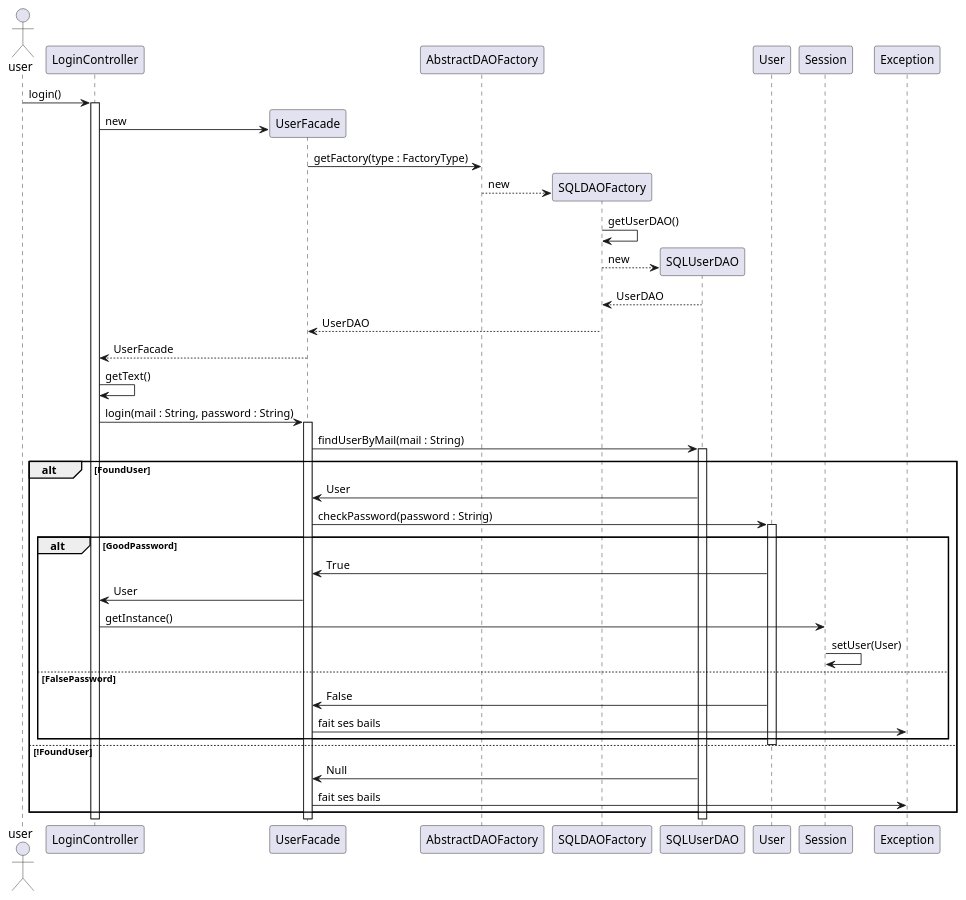
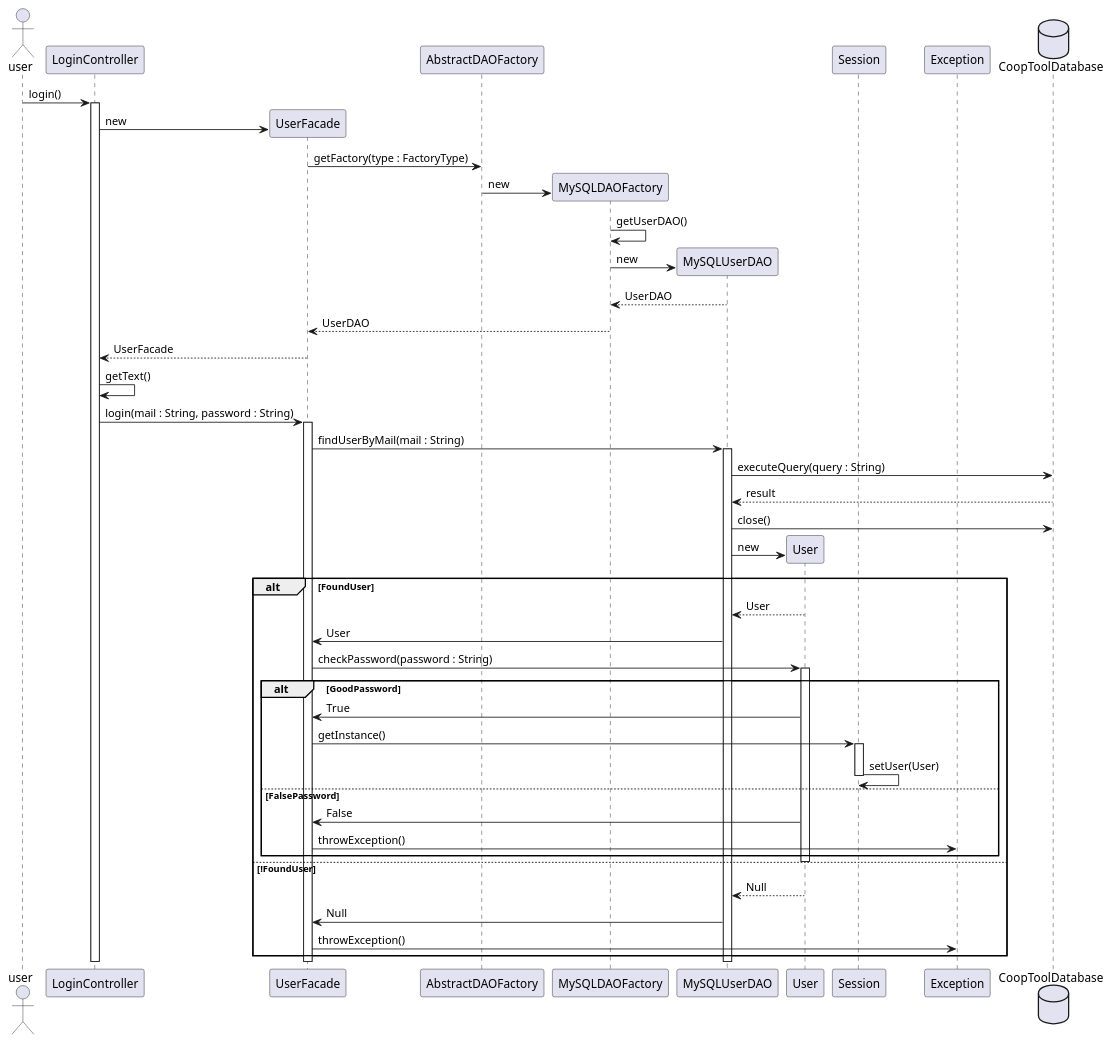
One commit to Guillaume-Dufour/coopToolProject changed the diagram in ext/sequenceDiag/loginDiagram.puml. Above: the diagram before and after it, drawn with PlantUML.

Commit message:
sequence diagram login final

```diff
--- a/ext/sequenceDiag/loginDiagram.puml
+++ b/ext/sequenceDiag/loginDiagram.puml
@@ -1,45 +1,61 @@
 @startuml
 
 actor user
 participant "LoginController" as loginCont
+participant UserFacade
+participant AbstractDAOFactory
+participant MySQLDAOFactory
+participant MySQLUserDAO
+participant User
+participant Session
+participant Exception
+database CoopToolDatabase
 user -> loginCont : login()
 activate loginCont
 create UserFacade
 loginCont -> UserFacade  : new
 UserFacade -> AbstractDAOFactory : getFactory(type : FactoryType)
-create SQLDAOFactory
-AbstractDAOFactory --> SQLDAOFactory : new
-SQLDAOFactory -> SQLDAOFactory : getUserDAO()
-create SQLUserDAO
-SQLDAOFactory --> SQLUserDAO : new
-SQLUserDAO --> SQLDAOFactory : UserDAO
-SQLDAOFactory --> UserFacade : UserDAO
-
+create MySQLDAOFactory
+AbstractDAOFactory -> MySQLDAOFactory : new
+MySQLDAOFactory -> MySQLDAOFactory : getUserDAO()
+create MySQLUserDAO
+MySQLDAOFactory -> MySQLUserDAO : new
+MySQLUserDAO --> MySQLDAOFactory : UserDAO
+MySQLDAOFactory --> UserFacade : UserDAO
 UserFacade --> loginCont : UserFacade
 loginCont -> loginCont : getText()
 loginCont -> UserFacade : login(mail : String, password : String)
 activate UserFacade
-UserFacade -> SQLUserDAO : findUserByMail(mail : String)
-activate SQLUserDAO
+UserFacade -> MySQLUserDAO : findUserByMail(mail : String)
+activate MySQLUserDAO
+MySQLUserDAO -> CoopToolDatabase : executeQuery(query : String)
+CoopToolDatabase --> MySQLUserDAO : result
+MySQLUserDAO -> CoopToolDatabase : close()
+create User
+MySQLUserDAO -> User : new
 alt FoundUser
-SQLUserDAO -> UserFacade : User
+User --> MySQLUserDAO : User
+MySQLUserDAO -> UserFacade : User
 UserFacade -> User : checkPassword(password : String)
 activate User
 alt GoodPassword
 User -> UserFacade : True
-UserFacade -> loginCont : User
-loginCont -> Session : getInstance()
+UserFacade -> Session : getInstance()
+activate Session
 Session -> Session : setUser(User)
+deactivate Session
 else FalsePassword
 User -> UserFacade : False
-UserFacade -> Exception : fait ses bails
+UserFacade -> Exception : throwException()
 end
 deactivate User
 else !FoundUser
-SQLUserDAO -> UserFacade : Null
-UserFacade -> Exception : fait ses bails
+User --> MySQLUserDAO : Null
+MySQLUserDAO -> UserFacade : Null
+UserFacade -> Exception : throwException()
 end
-
-'a finir : mettre la base de données et sql connection
+deactivate loginCont
+deactivate UserFacade
+deactivate MySQLUserDAO
 
 @enduml
```
